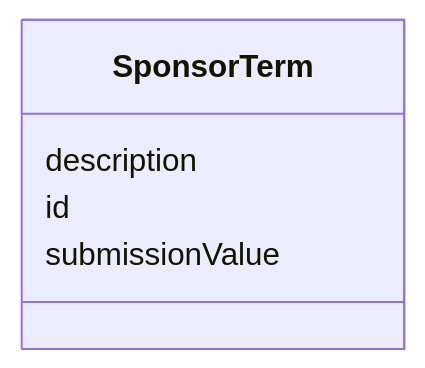
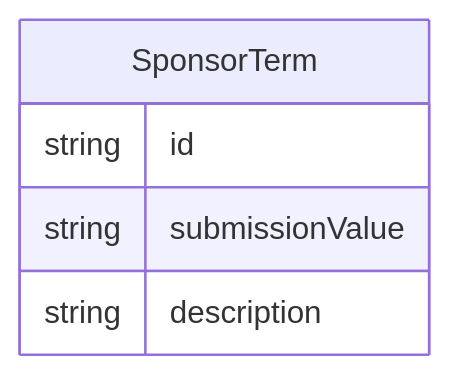
One commit to cdisc-org/analysis-results-standard changed the diagram in project/docs/SponsorTerm.md. Above: the diagram before and after it, drawn with Mermaid. The commit also changed 131 other files, not shown here.

Commit message:
Add top-level diagram to documentation

````diff
--- a/project/docs/SponsorTerm.md
+++ b/project/docs/SponsorTerm.md
@@ -14,11 +13,11 @@
 ```mermaid
- classDiagram
-    class SponsorTerm
-      SponsorTerm : description
-        
-      SponsorTerm : id
-        
-      SponsorTerm : submissionValue
-        
-      
+erDiagram
+SponsorTerm {
+    string id  
+    string submissionValue  
+    string description  
+}
+
+
+
 ```
````
